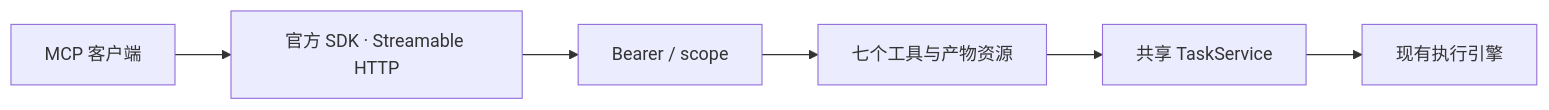
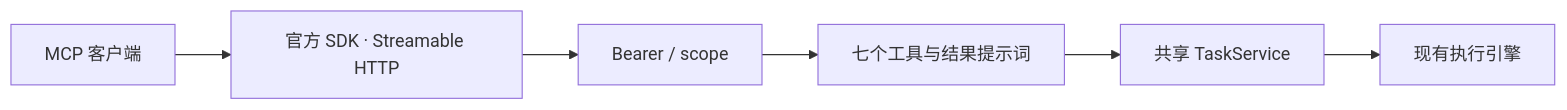
The diagram in docs/architecture/mcp.md (umeiko/UmEkO), drawn with Mermaid before and after one commit. The commit also changed other lines of this file and 17 other files, not shown here.

````diff
--- a/docs/architecture/mcp.md
+++ b/docs/architecture/mcp.md
@@ -5,8 +5,8 @@
 ```mermaid
 flowchart LR
     Client[MCP 客户端] --> HTTP[官方 SDK · Streamable HTTP]
     HTTP --> Auth[Bearer / scope]
-    Auth --> Tools[七个工具与产物资源]
+    Auth --> Tools[七个工具与结果提示词]
     Tools --> Tasks[共享 TaskService]
     Tasks --> Agent[现有执行引擎]
 ```
````
